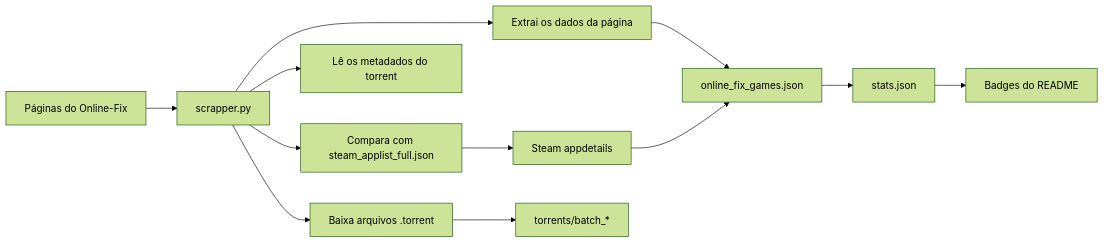
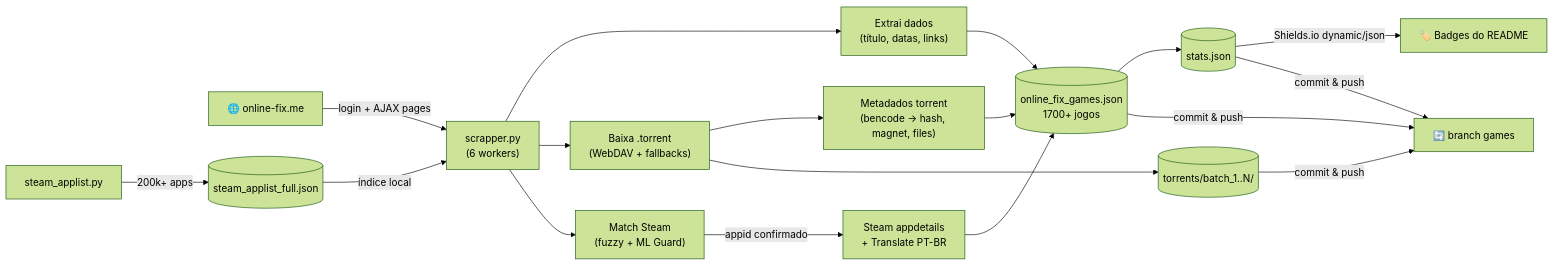
The first of 2 diagrams in README.md (zKauaFerreira/The-Gaming-Rumble), drawn with Mermaid (forest theme) before and after one commit.

Commit message:
Update README with enhanced pipeline flowchart

````diff
--- a/README.md
+++ b/README.md
@@ -341,14 +341,27 @@
 ```mermaid
 flowchart LR
-  A["Páginas do Online-Fix"] --> B["scrapper.py"]
-  B --> C["Extrai os dados da página"]
-  B --> D["Baixa arquivos .torrent"]
-  B --> E["Lê os metadados do torrent"]
-  B --> F["Compara com steam_applist_full.json"]
-  F --> G["Steam appdetails"]
-  C --> H["online_fix_games.json"]
-  D --> I["torrents/batch_*"]
+  %% Fonte
+  OF["🌐 online-fix.me"] -->|login + AJAX pages| B["scrapper.py\n(6 workers)"]
+
+  %% Steam Catalog (pré-requisito)
+  SA["steam_applist.py"] -->|200k+ apps| APPLIST[("steam_applist_full.json")]
+  APPLIST -->|índice local| B
+
+  %% Processamento
+  B --> C["Extrai dados\n(título, datas, links)"]
+  B --> D["Baixa .torrent\n(WebDAV + fallbacks)"]
+  D --> E["Metadados torrent\n(bencode → hash, magnet, files)"]
+  B --> F["Match Steam\n(fuzzy + ML Guard)"]
+  F -->|appid confirmado| G["Steam appdetails\n+ Translate PT-BR"]
+
+  %% Outputs
+  C --> H[("online_fix_games.json\n1700+ jogos")]
+  E --> H
   G --> H
-  H --> J["stats.json"]
-  J --> K["Badges do README"]
+  D --> I[("torrents/batch_1..N/")]
+  H --> J[("stats.json")]
+  J -->|Shields.io dynamic/json| K["🏷️ Badges do README"]
+
+  %% Git
+  H & I & J -->|commit & push| GIT["🔄 branch games"]
 ```
````
